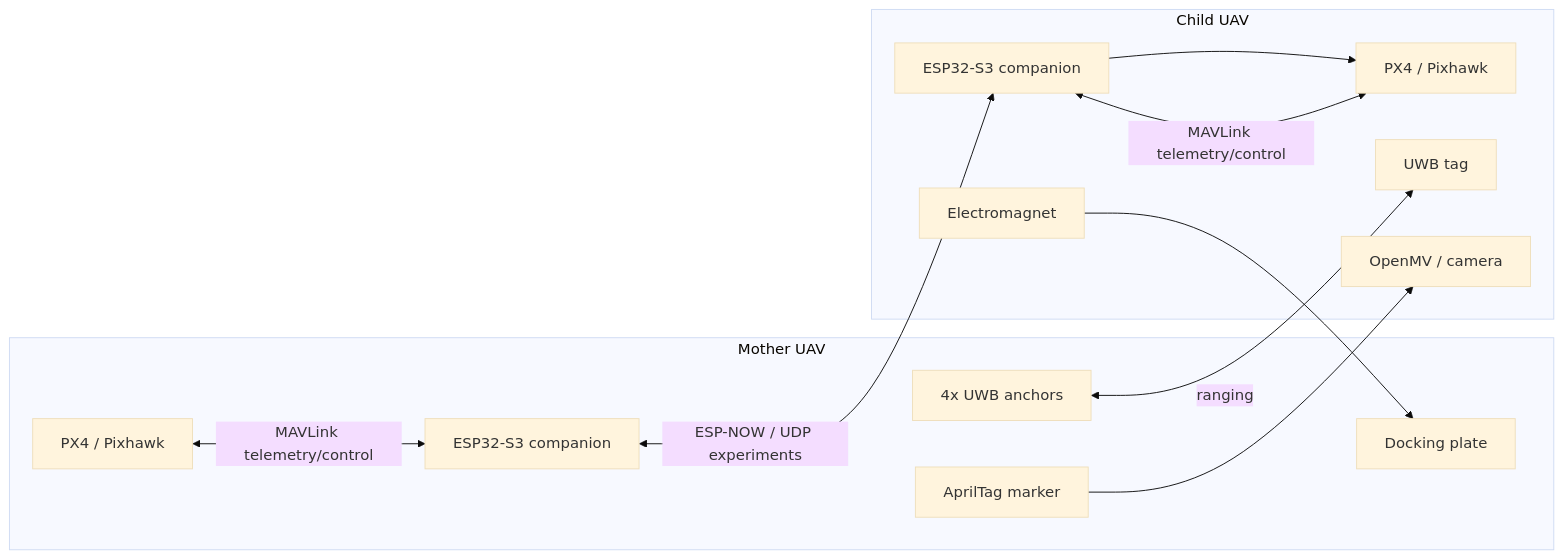
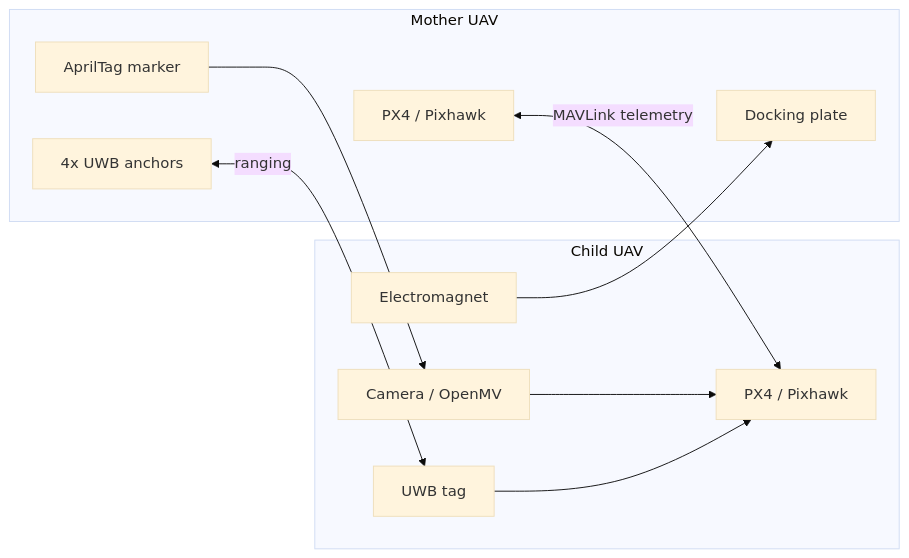
The diagram in README.md (Ha22yX/Mother-Ship-Docking-Drone-System), drawn with Mermaid (base theme) before and after one commit. The commit also changed other lines of this file and 2 other files, not shown here.

````diff
--- a/README.md
+++ b/README.md
@@ -24,26 +54,23 @@
 ```mermaid
 flowchart LR
     subgraph Mother["Mother UAV"]
         MFC["PX4 / Pixhawk"]
-        MESP["ESP32-S3 companion"]
         UWB_A["4x UWB anchors"]
         TAG["AprilTag marker"]
         PLATE["Docking plate"]
     end
 
     subgraph Child["Child UAV"]
         CFC["PX4 / Pixhawk"]
-        CESP["ESP32-S3 companion"]
         UWB_T["UWB tag"]
-        CAM["OpenMV / camera"]
+        CAM["Camera / OpenMV"]
         MAG["Electromagnet"]
     end
 
-    MFC <-- MAVLink telemetry/control --> MESP
-    CFC <-- MAVLink telemetry/control --> CESP
-    MESP <-- ESP-NOW / UDP experiments --> CESP
     UWB_A <-- ranging --> UWB_T
     TAG --> CAM
-    CESP --> CFC
+    MFC <-- MAVLink telemetry --> CFC
+    CAM --> CFC
+    UWB_T --> CFC
     MAG --> PLATE
 ```
````
